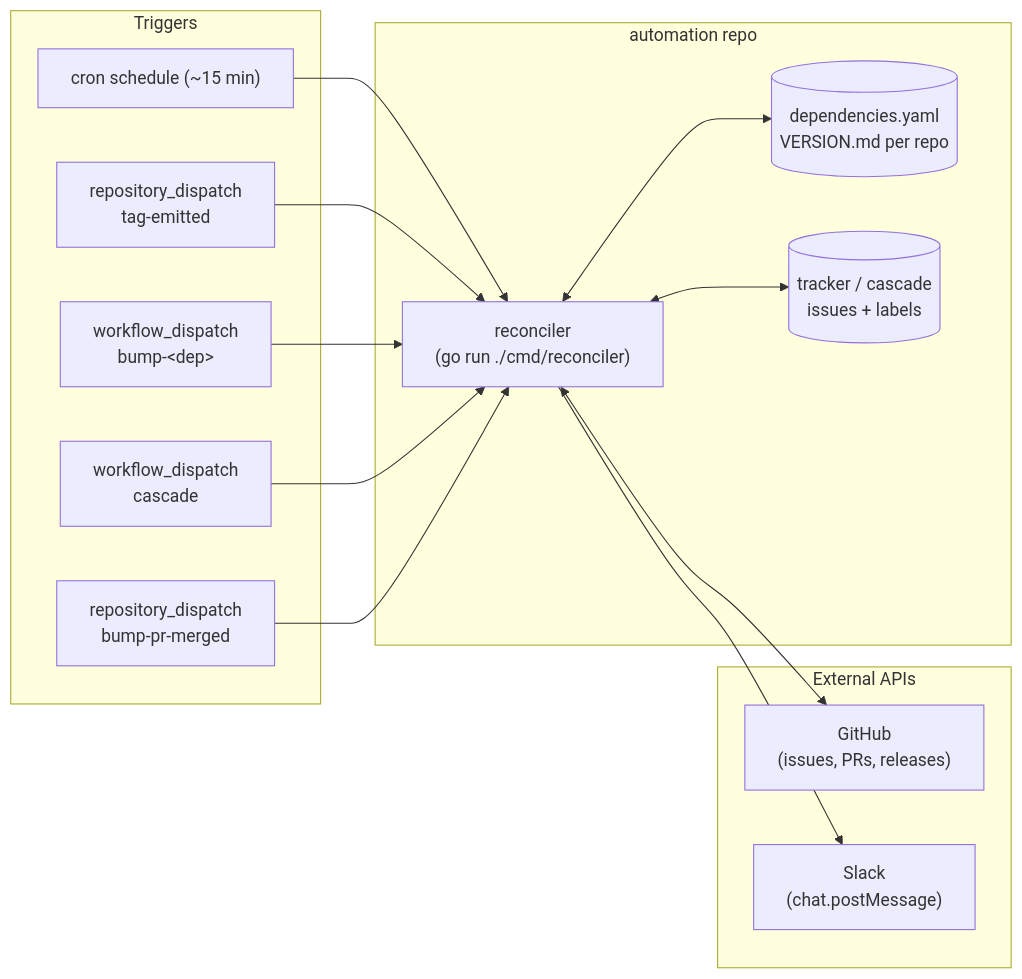
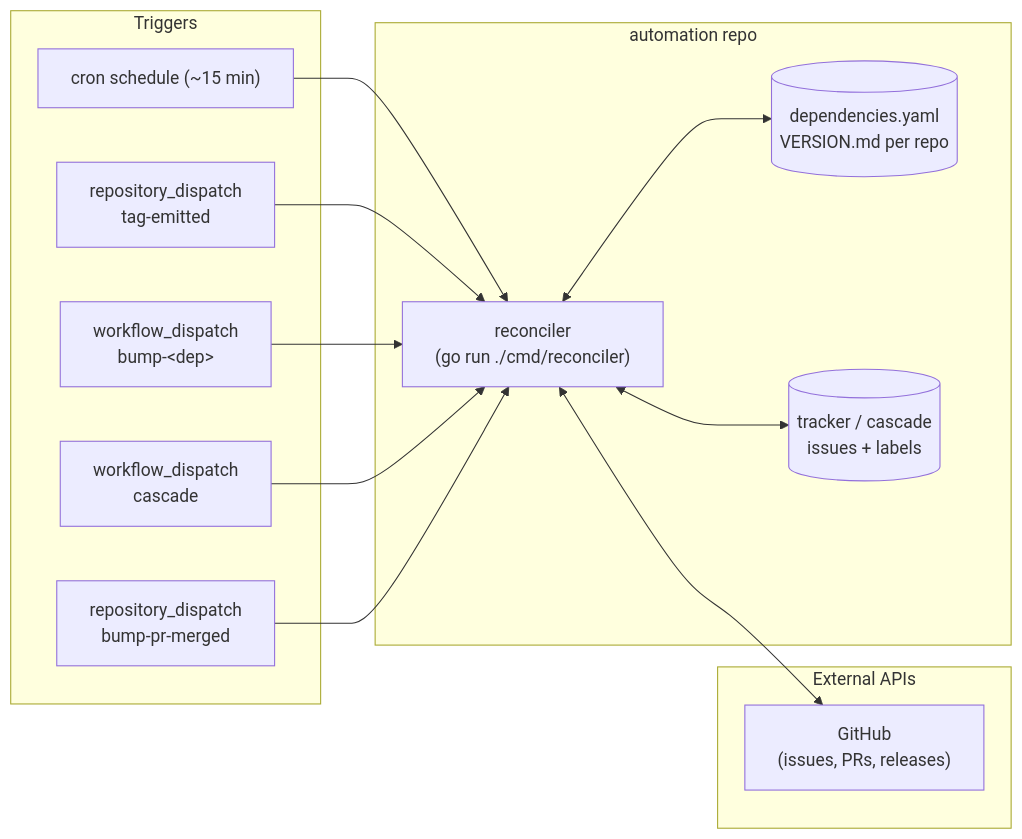
One commit to rancher/frameworks-automation changed the first of 5 diagrams in ARCHITECTURE.md. Above: the diagram before and after it, drawn with Mermaid. The commit also changed other lines of this file and 22 other files, not shown here.

````diff
--- a/ARCHITECTURE.md
+++ b/ARCHITECTURE.md
@@ -26,31 +26,29 @@
 ```mermaid
 flowchart LR
     subgraph triggers["Triggers"]
         cron["cron schedule (~15 min)"]
         tag["repository_dispatch<br/>tag-emitted"]
         bumpdep["workflow_dispatch<br/>bump-&lt;dep&gt;"]
         cascadewf["workflow_dispatch<br/>cascade"]
         bumpmerged["repository_dispatch<br/>bump-pr-merged"]
     end
 
     subgraph repo["automation repo"]
         rec["reconciler<br/>(go run ./cmd/reconciler)"]
         cfg[("dependencies.yaml<br/>VERSION.md per repo")]
         issues[("tracker / cascade<br/>issues + labels")]
     end
 
     subgraph external["External APIs"]
         gh["GitHub<br/>(issues, PRs, releases)"]
-        slack["Slack<br/>(chat.postMessage)"]
     end
 
     cron --> rec
     tag --> rec
     bumpdep --> rec
     cascadewf --> rec
     bumpmerged --> rec
     rec <--> cfg
     rec <--> issues
     rec <--> gh
-    rec --> slack
 ```
````
